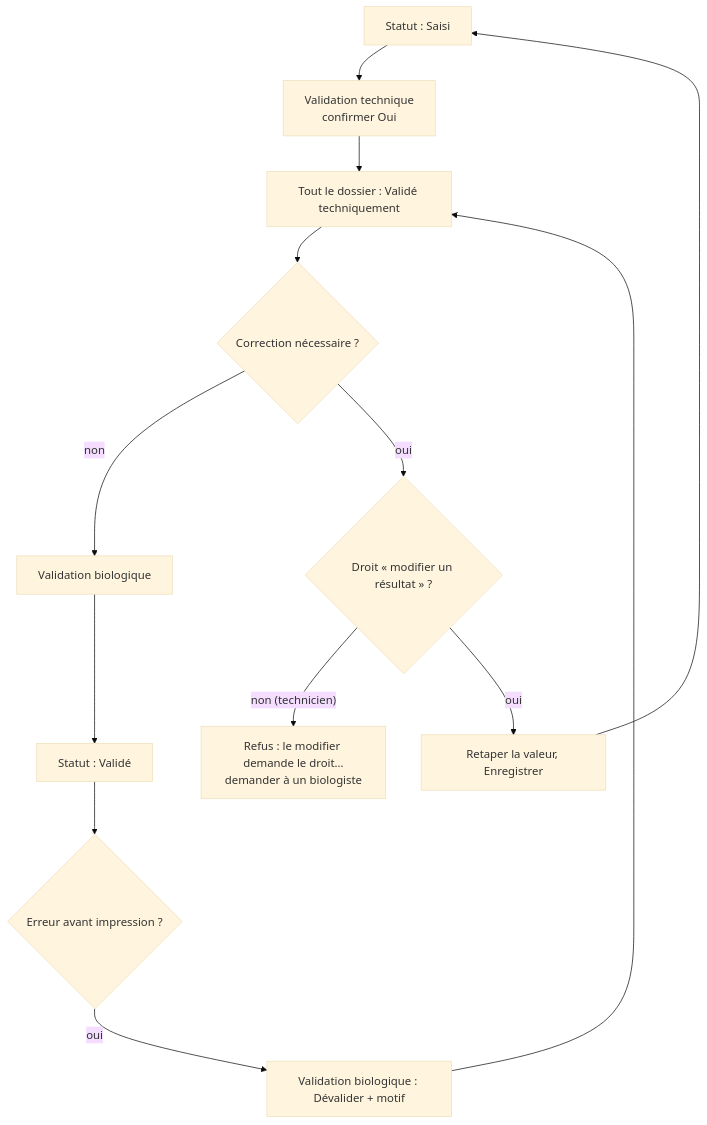
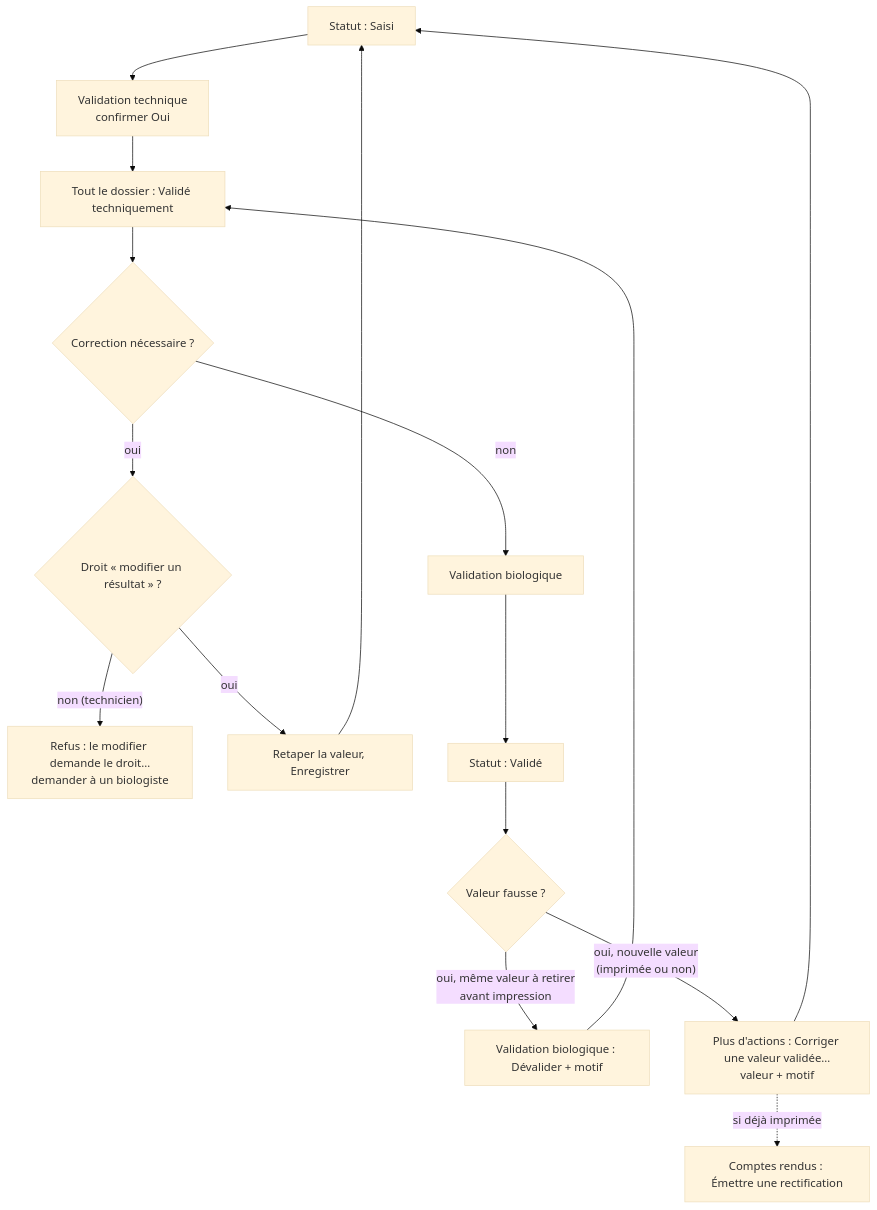
The third of 10 diagrams in docs/manuel/03-analytique-comptes-rendus.md (J4dJad/MarocLis), drawn with Mermaid (base theme) before and after one commit. The commit also changed other lines of this file and 3 other files, not shown here.

First line of the commit message:
Manuel : mise à jour des chapitres pré-analytique et analytique / comptes rendus

````diff
--- a/docs/manuel/03-analytique-comptes-rendus.md
+++ b/docs/manuel/03-analytique-comptes-rendus.md
@@ -185,13 +248,16 @@
 ```mermaid
 flowchart TD
     S["Statut : Saisi"] --> VT["Validation technique<br/>confirmer Oui"]
     VT --> T["Tout le dossier : Validé techniquement"]
     T --> M{"Correction nécessaire ?"}
     M -- "non" --> VB["Validation biologique"]
     M -- "oui" --> P{"Droit « modifier un résultat » ?"}
     P -- "non (technicien)" --> P1["Refus : le modifier demande le droit…<br/>demander à un biologiste"]
     P -- "oui" --> R["Retaper la valeur, Enregistrer"] --> S
     VB --> V["Statut : Validé"]
-    V --> W{"Erreur avant impression ?"}
-    W -- "oui" --> X["Validation biologique : Dévalider + motif"] --> T
+    V --> W{"Valeur fausse ?"}
+    W -- "oui, même valeur à retirer<br/>avant impression" --> X["Validation biologique : Dévalider + motif"] --> T
+    W -- "oui, nouvelle valeur<br/>(imprimée ou non)" --> Y["Plus d'actions : Corriger une valeur validée…<br/>valeur + motif"]
+    Y --> S
+    Y -. "si déjà imprimée" .-> Z["Comptes rendus : Émettre une rectification"]
 ```
````
